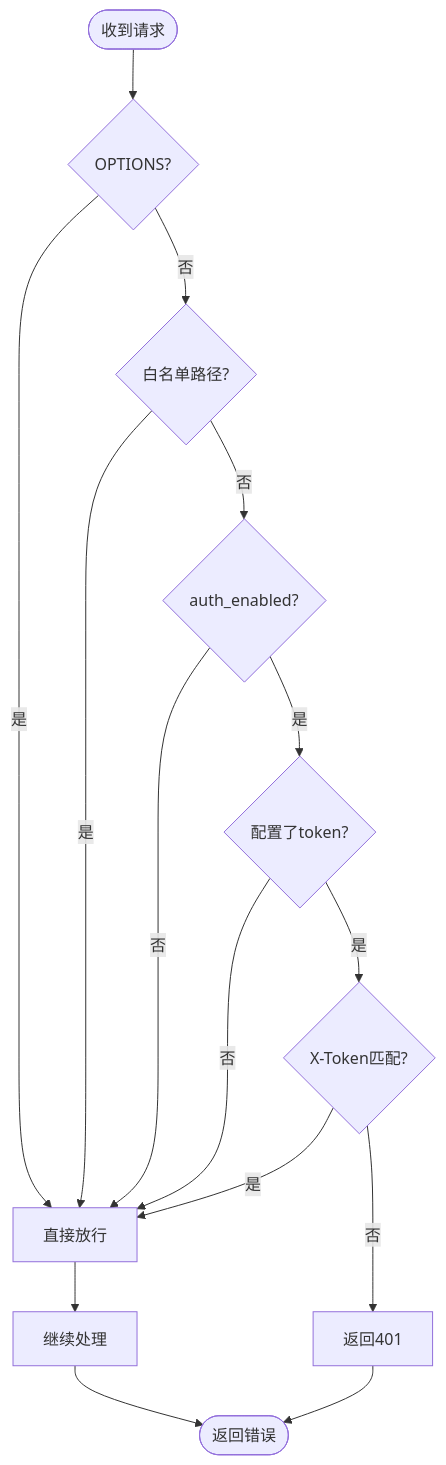
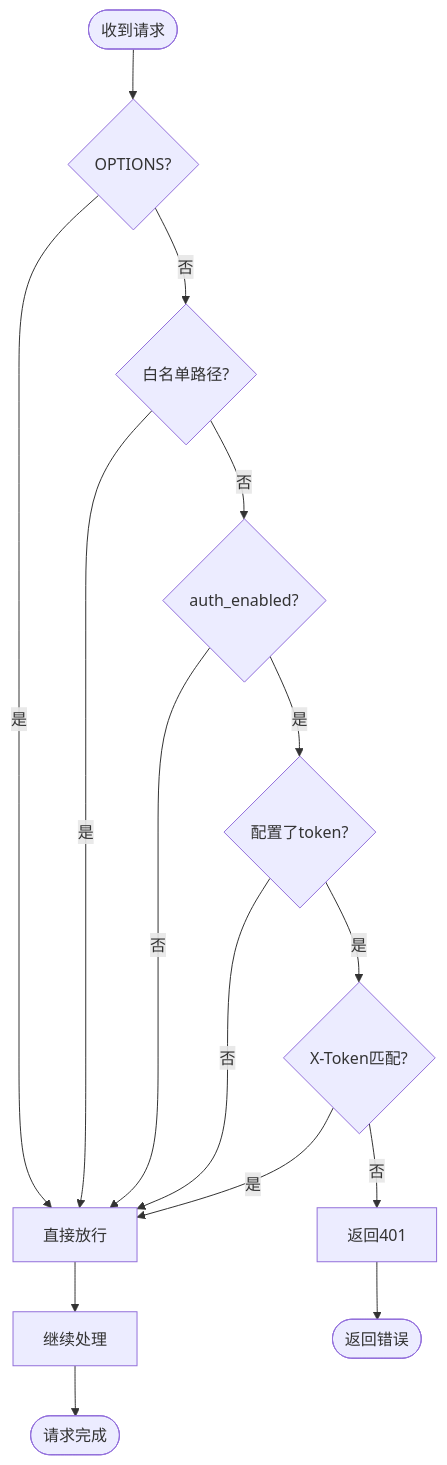
Before and after one commit to effiy/YiAi: the second of 2 diagrams in docs/auth.md, drawn with Mermaid. The commit also changed other lines of this file and 40 other files, not shown here.

````diff
--- a/docs/auth.md
+++ b/docs/auth.md
@@ -40,17 +40,17 @@
 ```mermaid
 flowchart TD
     Start([收到请求]) --> CheckMethod{OPTIONS?}
     CheckMethod -->|是| Pass[直接放行]
     CheckMethod -->|否| CheckWhitelist{白名单路径?}
     CheckWhitelist -->|是| Pass
     CheckWhitelist -->|否| CheckEnabled{auth_enabled?}
     CheckEnabled -->|否| Pass
     CheckEnabled -->|是| CheckToken{配置了token?}
     CheckToken -->|否| Pass
     CheckToken -->|是| Validate{X-Token匹配?}
     Validate -->|是| Pass
     Validate -->|否| Reject[返回401]
     Pass --> API[继续处理]
-    Reject --> End([返回错误])
-    API --> End
+    Reject --> ErrorEnd([返回错误])
+    API --> Done([请求完成])
 ```
````
